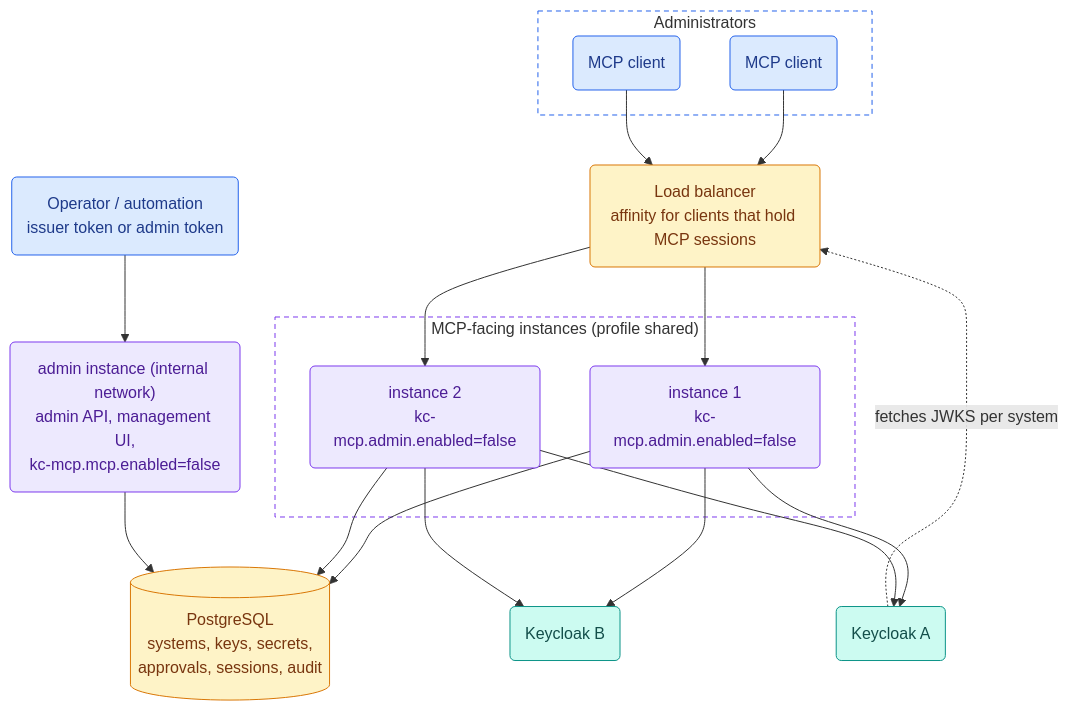
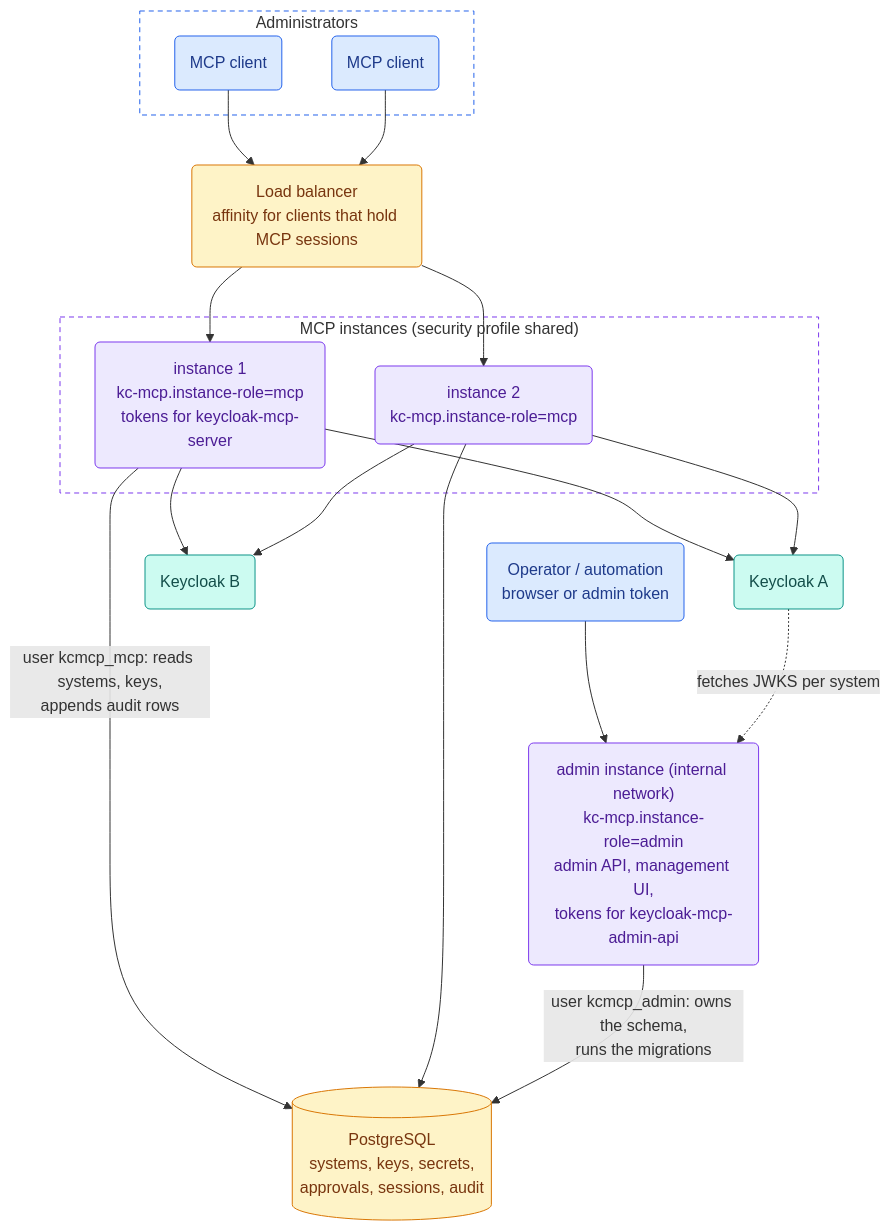
Before and after one commit to edewit/keycloak-mcp-server: the sixth of 10 diagrams in docs/scenarios.md, drawn with Mermaid. The commit also changed other lines of this file, not shown here.

First line of the commit message:
Bring the scenario diagrams up to date with instance roles, the UI and XAA.

````diff
--- a/docs/scenarios.md
+++ b/docs/scenarios.md
@@ -150,42 +190,42 @@
 ```mermaid
 flowchart TB
     subgraph users["Administrators"]
         C1("MCP client")
         C2("MCP client")
     end
     LB("Load balancer<br/>affinity for clients that hold MCP sessions")
-    subgraph mcp["MCP-facing instances (profile shared)"]
-        I1("instance 1<br/>kc-mcp.admin.enabled=false")
-        I2("instance 2<br/>kc-mcp.admin.enabled=false")
+    subgraph mcp["MCP instances (security profile shared)"]
+        I1("instance 1<br/>kc-mcp.instance-role=mcp<br/>tokens for keycloak-mcp-server")
+        I2("instance 2<br/>kc-mcp.instance-role=mcp")
     end
-    ADM("admin instance (internal network)<br/>admin API, management UI,<br/>kc-mcp.mcp.enabled=false")
+    ADM("admin instance (internal network)<br/>kc-mcp.instance-role=admin<br/>admin API, management UI,<br/>tokens for keycloak-mcp-admin-api")
     DB[("PostgreSQL<br/>systems, keys, secrets,<br/>approvals, sessions, audit")]
     K1("Keycloak A")
     K2("Keycloak B")
-    OPS("Operator / automation<br/>issuer token or admin token")
+    OPS("Operator / automation<br/>browser or admin token")
     C1 --> LB
     C2 --> LB
     LB --> I1
     LB --> I2
-    I1 --> DB
+    I1 -- "user kcmcp_mcp: reads systems, keys,<br/>appends audit rows" --> DB
     I2 --> DB
-    ADM --> DB
+    ADM -- "user kcmcp_admin: owns the schema,<br/>runs the migrations" --> DB
     OPS --> ADM
     I1 --> K1
     I1 --> K2
     I2 --> K1
     I2 --> K2
-    K1 -. "fetches JWKS per system" .-> LB
+    K1 -. "fetches JWKS per system" .-> ADM
     classDef client fill:#dbeafe,stroke:#2563eb,color:#1e3a8a
     classDef server fill:#ede9fe,stroke:#7c3aed,color:#4c1d95
     classDef keycloak fill:#ccfbf1,stroke:#0d9488,color:#134e4a
     classDef infra fill:#fef3c7,stroke:#d97706,color:#78350f
     classDef confirm fill:#ffe4e6,stroke:#e11d48,color:#881337
     classDef audit fill:#e2e8f0,stroke:#64748b,color:#1e293b
     class C1,C2,OPS client
     class I1,I2,ADM server
     class LB,DB infra
     class K1,K2 keycloak
     style users fill:transparent,stroke:#2563eb,stroke-dasharray:5 4
     style mcp fill:transparent,stroke:#7c3aed,stroke-dasharray:5 4
 ```
````
